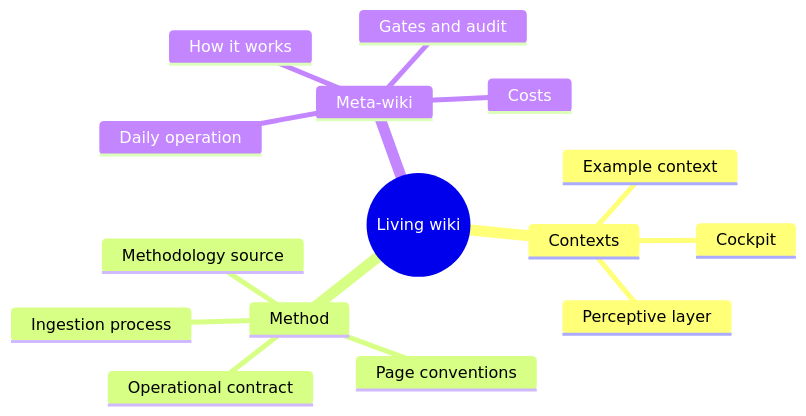
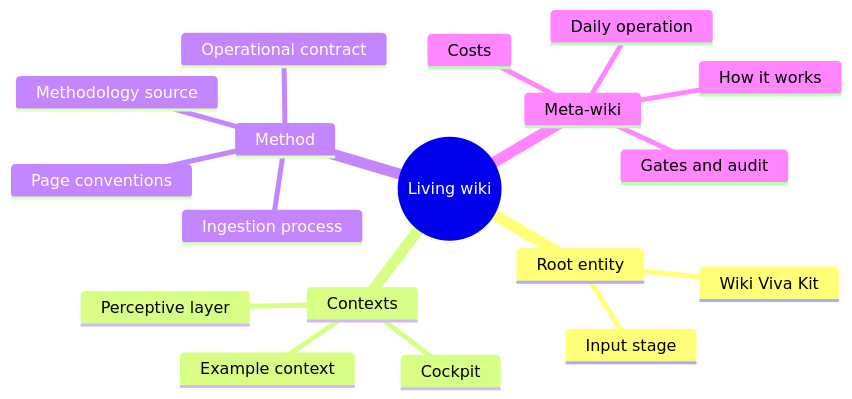
One commit to kimlage/wiki-viva-kit changed the diagram in memories/index.md. Above: the diagram before and after it, drawn with Mermaid. The commit also changed other lines of this file and 86 other files, not shown here.

Commit message:
Add integral root entity input stage v6.8

````diff
--- a/memories/index.md
+++ b/memories/index.md
@@ -39,18 +43,21 @@
 ```mermaid
 mindmap
   root(("Living wiki"))
+    Root entity
+      Wiki Viva Kit
+      Input stage
     Contexts
       Example context
       Cockpit
       Perceptive layer
     Method
       Methodology source
       Operational contract
       Page conventions
       Ingestion process
     Meta-wiki
       How it works
       Daily operation
       Gates and audit
       Costs
 ```
````
